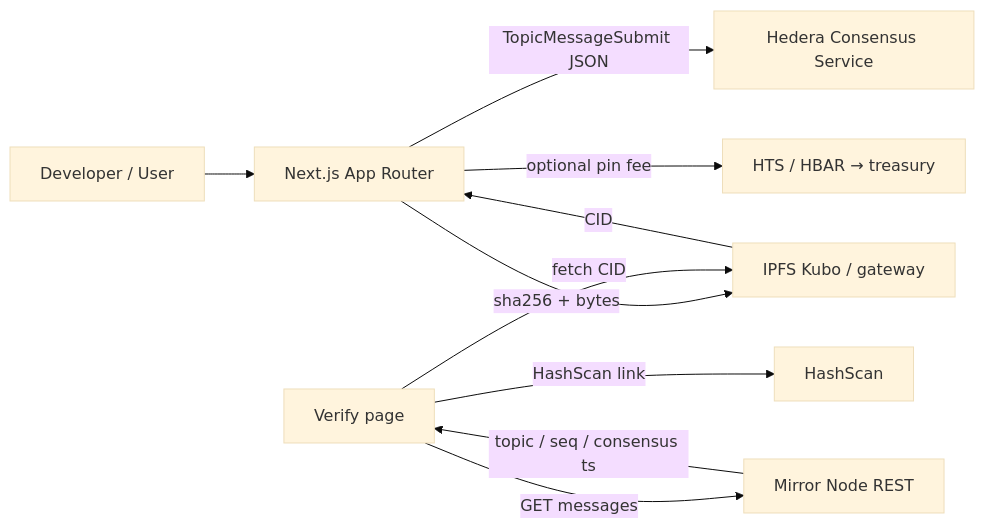
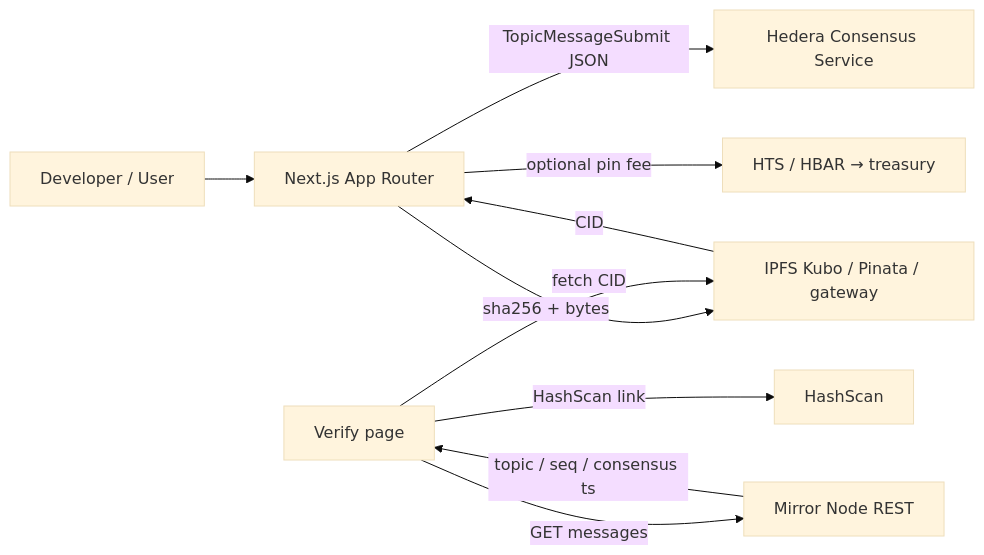
One commit to 374group-tech/hcs-ipfs-document-vault changed the diagram in README.md. Above: the diagram before and after it, drawn with Mermaid (base theme). The commit also changed other lines of this file and 6 other files, not shown here.

First line of the commit message:
docs: verify:proof path, schema v1, Pinata env

````diff
--- a/README.md
+++ b/README.md
@@ -69,12 +75,12 @@
 ```mermaid
 flowchart LR
   User[Developer / User] --> UI[Next.js App Router]
-  UI -->|sha256 + bytes| IPFS[IPFS Kubo / gateway]
+  UI -->|sha256 + bytes| IPFS[IPFS Kubo / Pinata / gateway]
   IPFS -->|CID| UI
   UI -->|TopicMessageSubmit JSON| HCS[Hedera Consensus Service]
   UI -->|optional pin fee| Fee[HTS / HBAR → treasury]
   Verify[Verify page] -->|GET messages| Mirror[Mirror Node REST]
   Mirror -->|topic / seq / consensus ts| Verify
   Verify -->|HashScan link| HashScan[HashScan]
   Verify -->|fetch CID| IPFS
 ```
````
